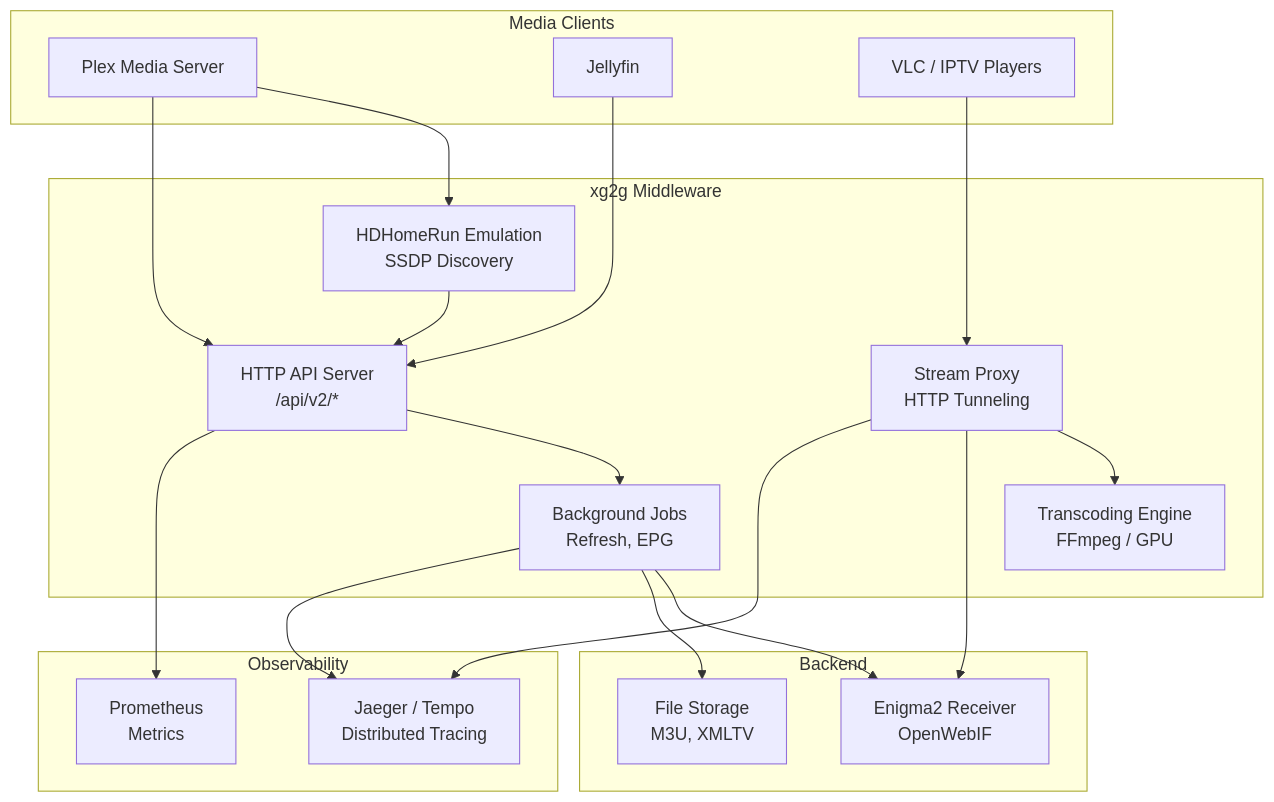
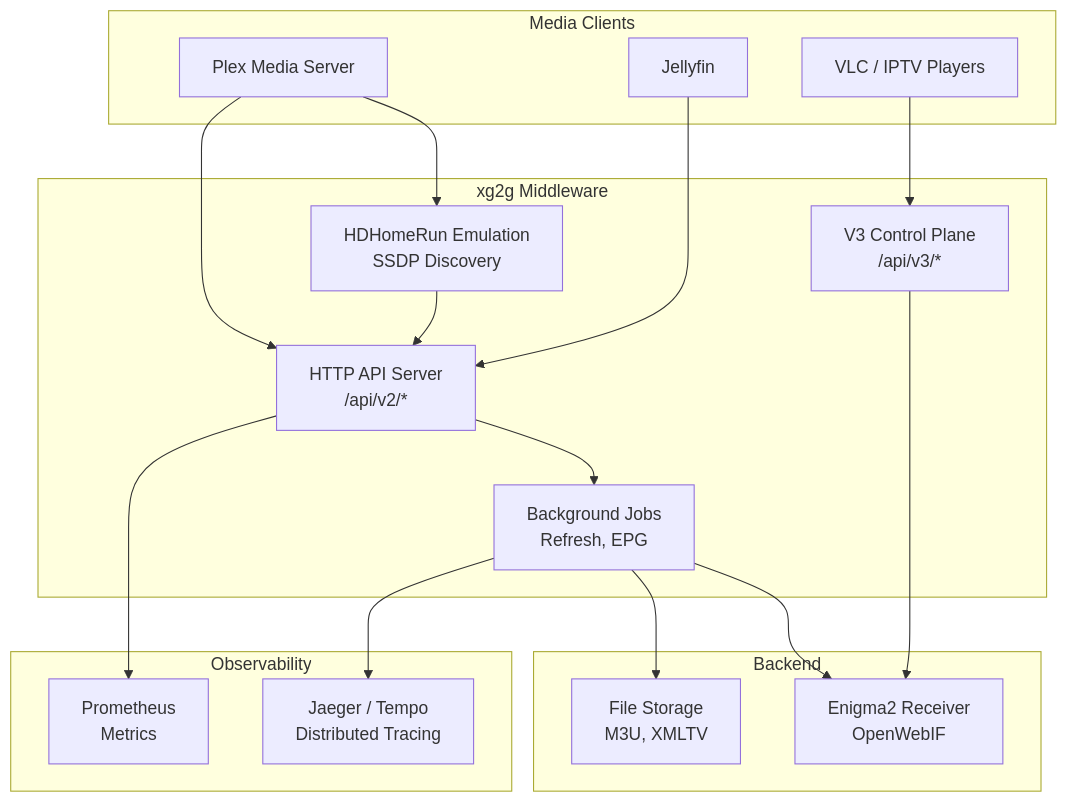
One commit to ManuGH/xg2g changed the first of 4 diagrams in docs/ARCHITECTURE.md. Above: the diagram before and after it, drawn with Mermaid. The commit also changed other lines of this file and 55 other files, not shown here.

First line of the commit message:
refactor: remove legacy proxy package and migrate to V3 architecture

````diff
--- a/docs/ARCHITECTURE.md
+++ b/docs/ARCHITECTURE.md
@@ -35,43 +35,40 @@
 ```mermaid
 graph TB
     subgraph "Media Clients"
         Plex[Plex Media Server]
         Jellyfin[Jellyfin]
         VLC[VLC / IPTV Players]
     end
 
     subgraph "xg2g Middleware"
         API[HTTP API Server<br/>/api/v2/*]
         HDHR[HDHomeRun Emulation<br/>SSDP Discovery]
-        Proxy[Stream Proxy<br/>HTTP Tunneling]
         Jobs[Background Jobs<br/>Refresh, EPG]
-        Transcoder[Transcoding Engine<br/>FFmpeg / GPU]
+        V3[V3 Control Plane<br/>/api/v3/*]
     end
 
     subgraph "Backend"
         Enigma2[Enigma2 Receiver<br/>OpenWebIF]
         Storage[File Storage<br/>M3U, XMLTV]
     end
 
     subgraph "Observability"
         Metrics[Prometheus<br/>Metrics]
         Traces[Jaeger / Tempo<br/>Distributed Tracing]
     end
 
     Plex --> HDHR
     Plex --> API
     Jellyfin --> API
-    VLC --> Proxy
+    VLC --> V3
 
     API --> Jobs
-    Proxy --> Transcoder
     HDHR --> API
 
     Jobs --> Enigma2
-    Proxy --> Enigma2
     Jobs --> Storage
+    V3 --> Enigma2
 
     API --> Metrics
-    Proxy --> Traces
     Jobs --> Traces
 ```
````
